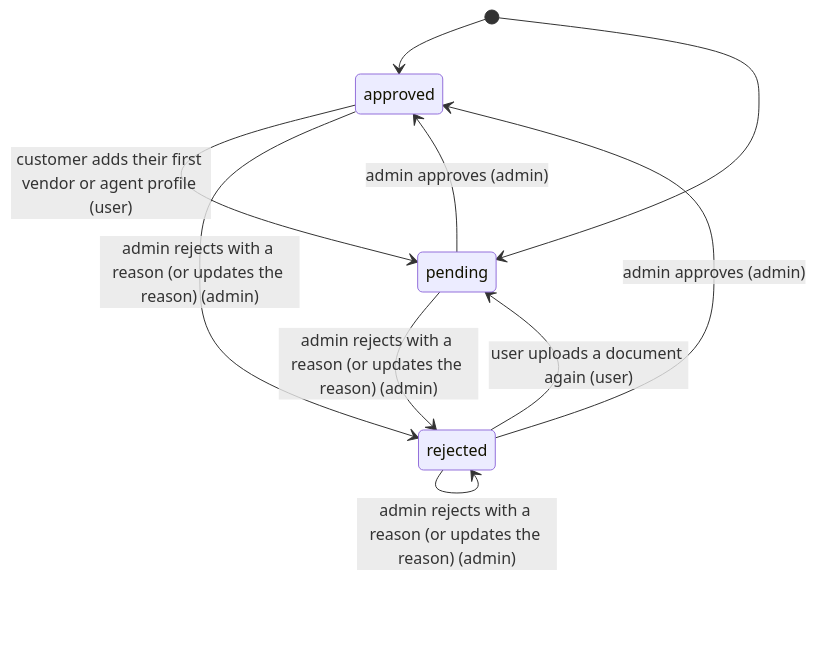
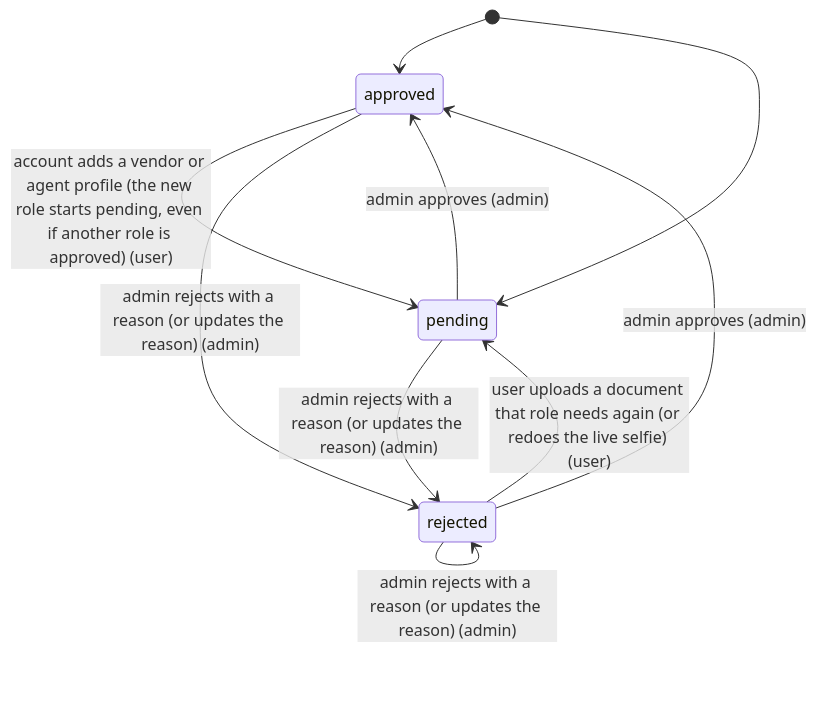
One commit to Masdpro/studio changed the sixth of 6 diagrams in docs/state-machines.md. Above: the diagram before and after it, drawn with Mermaid. The commit also changed other lines of this file and 32 other files, not shown here.

First line of the commit message:
Approve each role separately (a vendor who becomes an agent needs agent approval); remove Optimize Route AI

````diff
--- a/docs/state-machines.md
+++ b/docs/state-machines.md
@@ -220,12 +220,12 @@
 ```mermaid
 stateDiagram-v2
   [*] --> approved
   [*] --> pending
-  approved --> pending : customer adds their first vendor or agent profile (user)
+  approved --> pending : account adds a vendor or agent profile (the new role starts pending, even if another role is approved) (user)
   pending --> approved : admin approves (admin)
   rejected --> approved : admin approves (admin)
   pending --> rejected : admin rejects with a reason (or updates the reason) (admin)
   approved --> rejected : admin rejects with a reason (or updates the reason) (admin)
   rejected --> rejected : admin rejects with a reason (or updates the reason) (admin)
-  rejected --> pending : user uploads a document again (user)
+  rejected --> pending : user uploads a document that role needs again (or redoes the live selfie) (user)
 ```
````
